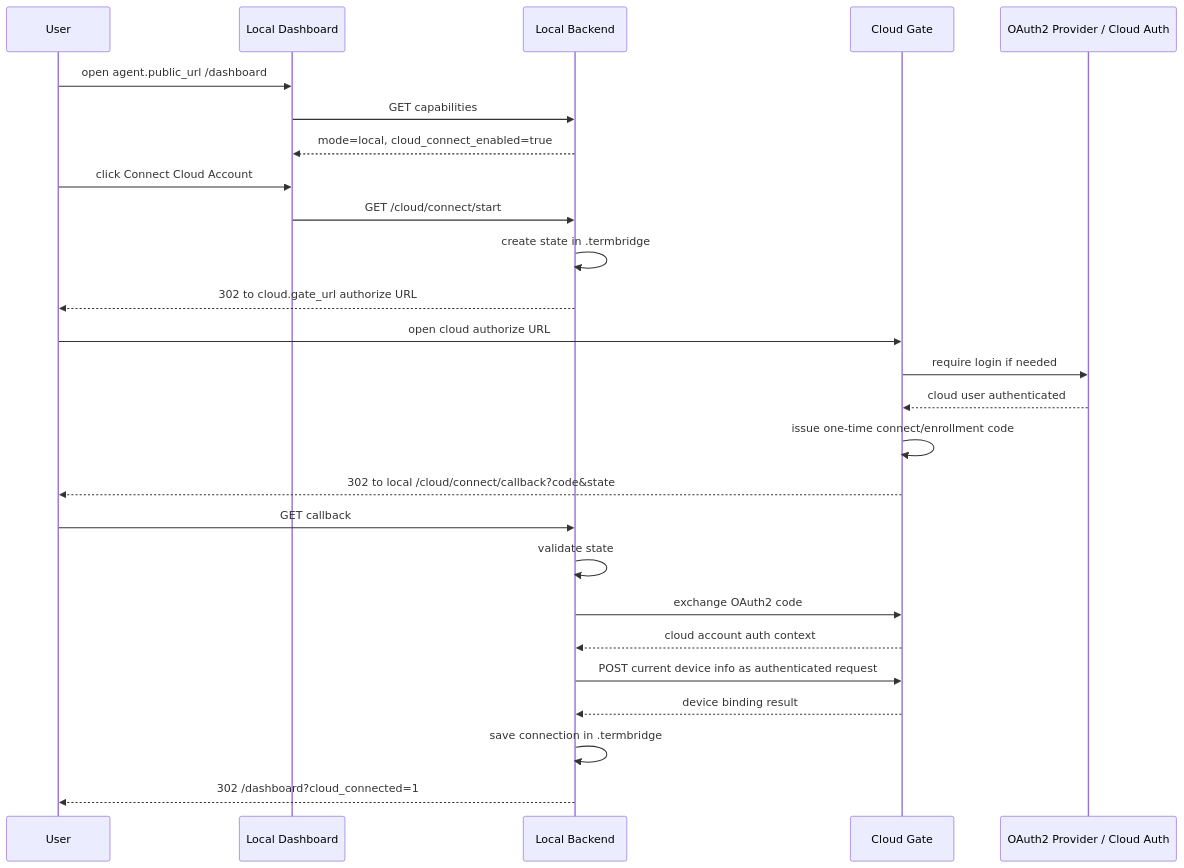
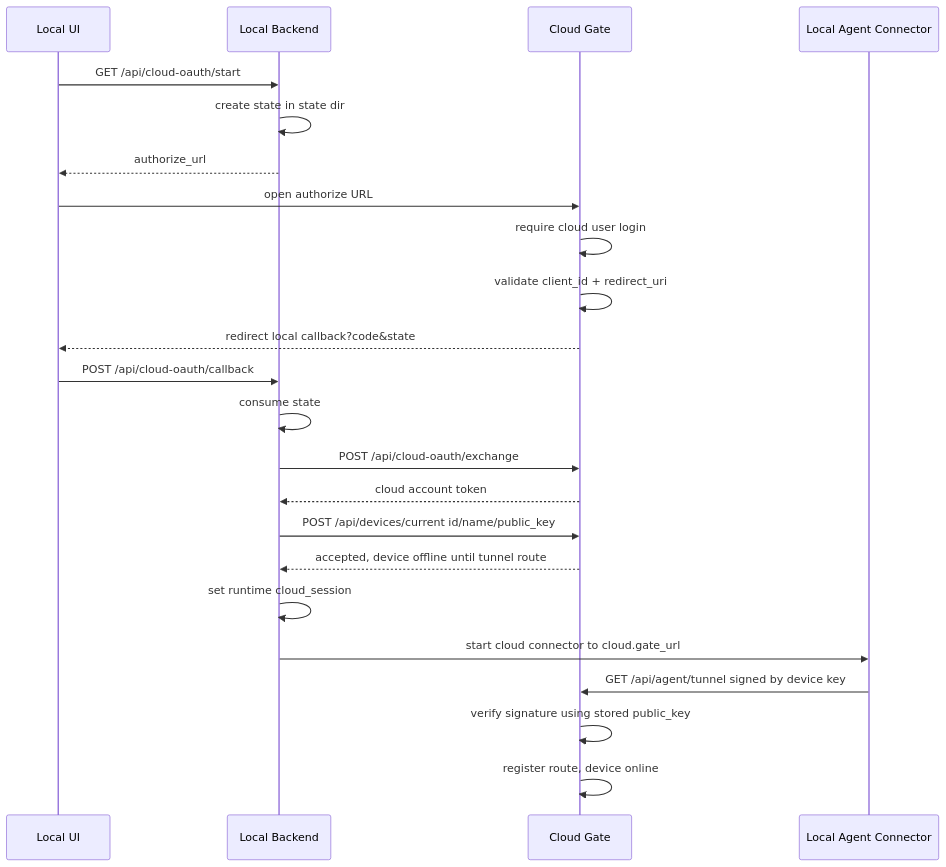
One commit to leoninew/term-bridge changed the diagram in docs/spec/20260628-cloud-local-mode-enrollment.md. Above: the diagram before and after it, drawn with Mermaid. The commit also changed other lines of this file and 29 other files, not shown here.

First line of the commit message:
feat(cloud): gate cloud connector behind OAuth device binding

````diff
--- a/docs/spec/20260628-cloud-local-mode-enrollment.md
+++ b/docs/spec/20260628-cloud-local-mode-enrollment.md
@@ -667,29 +421,26 @@
 ```mermaid
 sequenceDiagram
-  participant User as User
-  participant LocalUI as Local Dashboard
+  participant UI as Local UI
   participant Local as Local Backend
   participant Cloud as Cloud Gate
-  participant OAuth as OAuth2 Provider / Cloud Auth
+  participant Agent as Local Agent Connector
 
-  User->>LocalUI: open agent.public_url /dashboard
-  LocalUI->>Local: GET capabilities
-  Local-->>LocalUI: mode=local, cloud_connect_enabled=true
-  User->>LocalUI: click Connect Cloud Account
-  LocalUI->>Local: GET /cloud/connect/start
-  Local->>Local: create state in .termbridge
-  Local-->>User: 302 to cloud.gate_url authorize URL
-  User->>Cloud: open cloud authorize URL
-  Cloud->>OAuth: require login if needed
-  OAuth-->>Cloud: cloud user authenticated
-  Cloud->>Cloud: issue one-time connect/enrollment code
-  Cloud-->>User: 302 to local /cloud/connect/callback?code&state
-  User->>Local: GET callback
-  Local->>Local: validate state
-  Local->>Cloud: exchange OAuth2 code
-  Cloud-->>Local: cloud account auth context
-  Local->>Cloud: POST current device info as authenticated request
-  Cloud-->>Local: device binding result
-  Local->>Local: save connection in .termbridge
-  Local-->>User: 302 /dashboard?cloud_connected=1
+  UI->>Local: GET /api/cloud-oauth/start
+  Local->>Local: create state in state dir
+  Local-->>UI: authorize_url
+  UI->>Cloud: open authorize URL
+  Cloud->>Cloud: require cloud user login
+  Cloud->>Cloud: validate client_id + redirect_uri
+  Cloud-->>UI: redirect local callback?code&state
+  UI->>Local: POST /api/cloud-oauth/callback
+  Local->>Local: consume state
+  Local->>Cloud: POST /api/cloud-oauth/exchange
+  Cloud-->>Local: cloud account token
+  Local->>Cloud: POST /api/devices/current id/name/public_key
+  Cloud-->>Local: accepted, device offline until tunnel route
+  Local->>Local: set runtime cloud_session
+  Local->>Agent: start cloud connector to cloud.gate_url
+  Agent->>Cloud: GET /api/agent/tunnel signed by device key
+  Cloud->>Cloud: verify signature using stored public_key
+  Cloud->>Cloud: register route, device online
 ```
````
